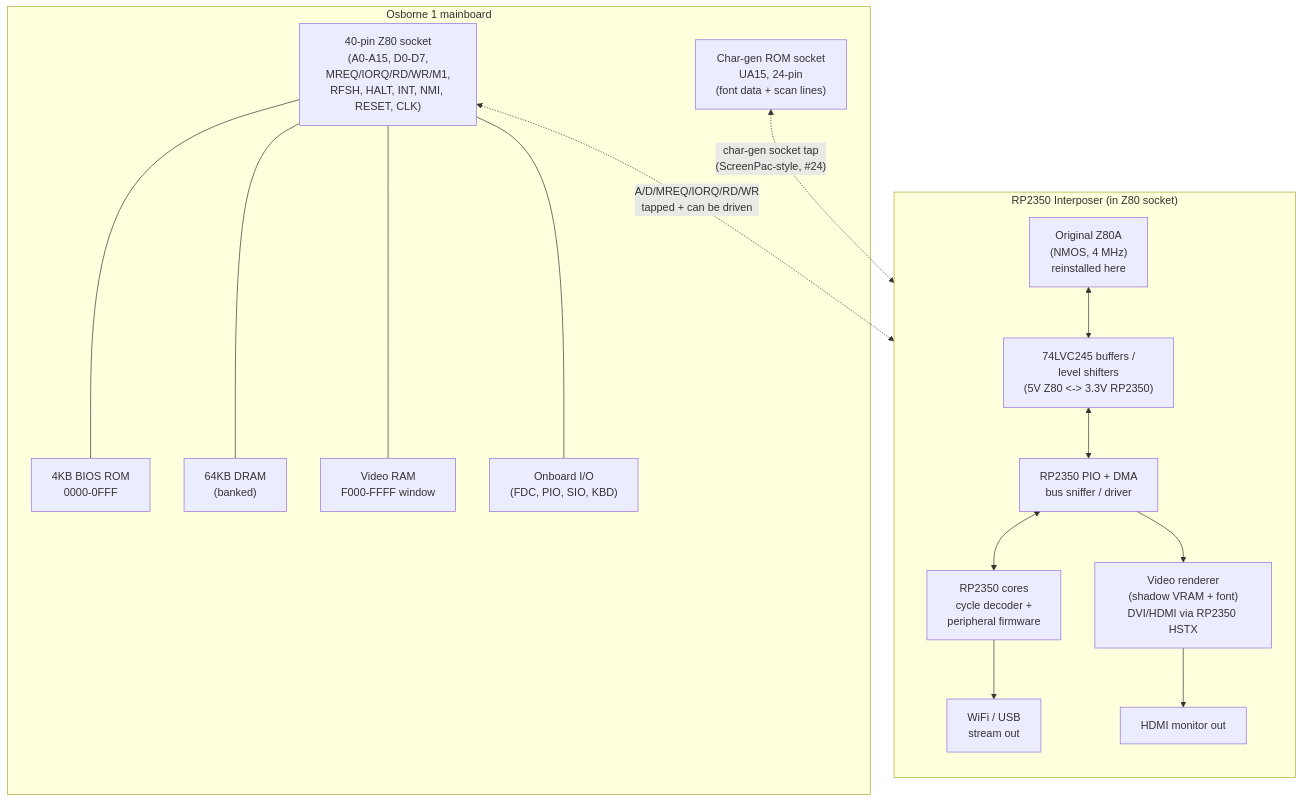
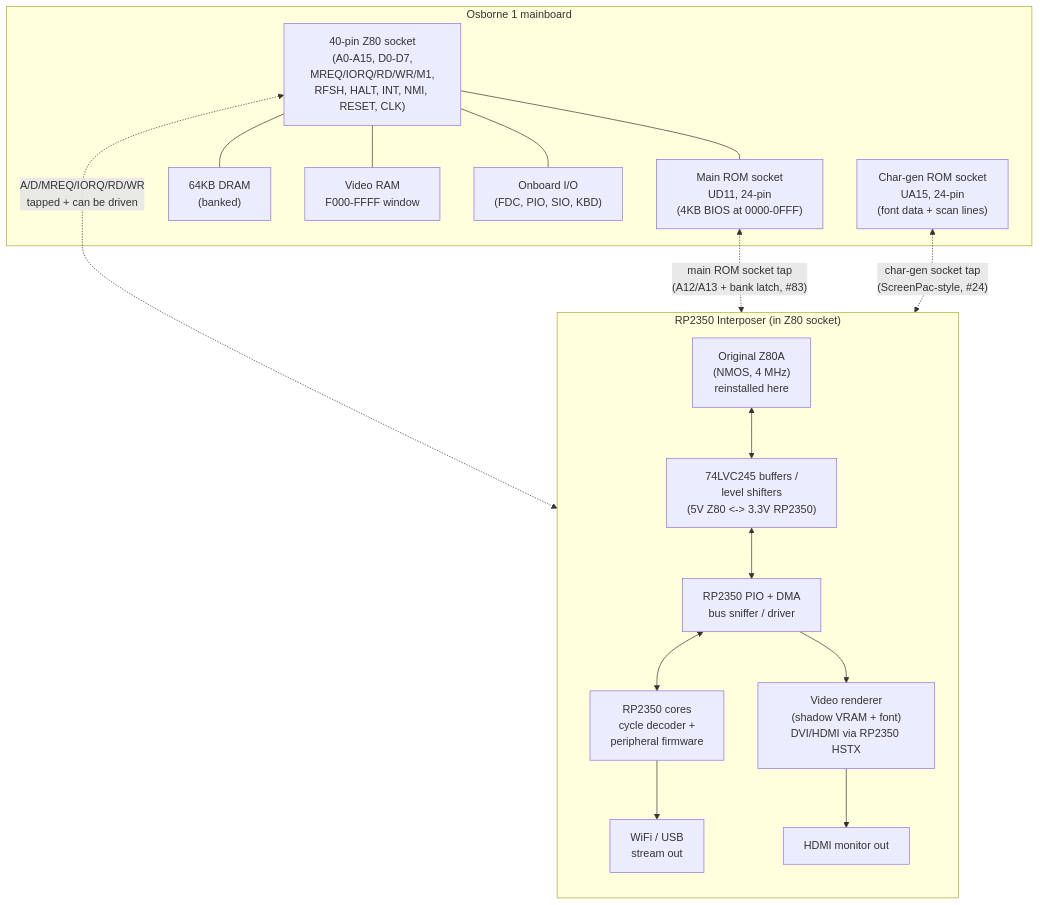
The first of 4 diagrams in docs/virtual-peripherals-block-diagram.md (Myrcurial/o1next), drawn with Mermaid before and after one commit. The commit also changed other lines of this file and 5 other files, not shown here.

First line of the commit message:
docs: the interposer gains the main ROM socket tap, and there is one ROM 2.00 (part of #83)

````diff
--- a/docs/virtual-peripherals-block-diagram.md
+++ b/docs/virtual-peripherals-block-diagram.md
@@ -13,28 +13,29 @@
 ```mermaid
 flowchart TB
     subgraph MB["Osborne 1 mainboard"]
         ZSKT["40-pin Z80 socket<br/>(A0-A15, D0-D7,<br/>MREQ/IORQ/RD/WR/M1,<br/>RFSH, HALT, INT, NMI, RESET, CLK)"]
-        ROM["4KB BIOS ROM<br/>0000-0FFF"]
+        ROMSKT["Main ROM socket<br/>UD11, 24-pin<br/>(4KB BIOS at 0000-0FFF)"]
         RAM["64KB DRAM<br/>(banked)"]
         VRAM["Video RAM<br/>F000-FFFF window"]
         IO["Onboard I/O<br/>(FDC, PIO, SIO, KBD)"]
         CG["Char-gen ROM socket<br/>UA15, 24-pin<br/>(font data + scan lines)"]
-        ZSKT --- ROM & RAM & VRAM & IO
+        ZSKT --- ROMSKT & RAM & VRAM & IO
     end
 
     subgraph INTP["RP2350 Interposer (in Z80 socket)"]
         direction TB
         Z80["Original Z80A<br/>(NMOS, 4 MHz)<br/>reinstalled here"]
         BUF["74LVC245 buffers /<br/>level shifters<br/>(5V Z80 <-> 3.3V RP2350)"]
         PIO["RP2350 PIO + DMA<br/>bus sniffer / driver"]
         MCU["RP2350 cores<br/>cycle decoder +<br/>peripheral firmware"]
         WIFI["WiFi / USB<br/>stream out"]
         VID["Video renderer<br/>(shadow VRAM + font)<br/>DVI/HDMI via RP2350 HSTX"]
         HDMI["HDMI monitor out"]
         Z80 <--> BUF <--> PIO <--> MCU --> WIFI
         PIO --> VID --> HDMI
     end
 
     ZSKT <-."A/D/MREQ/IORQ/RD/WR<br/>tapped + can be driven".-> BUF
+    ROMSKT <-."main ROM socket tap<br/>(A12/A13 + bank latch, #83)".-> BUF
     CG <-."char-gen socket tap<br/>(ScreenPac-style, #24)".-> VID
 ```
````
